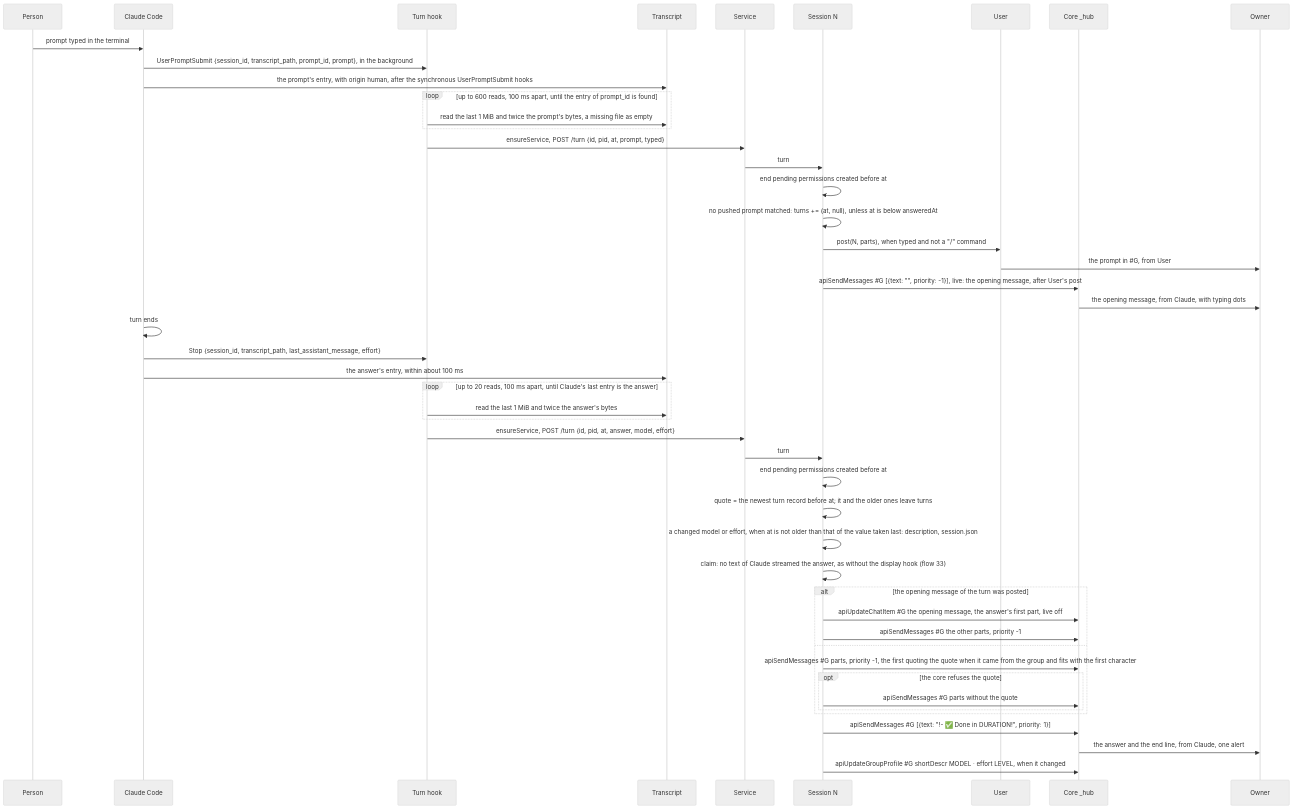
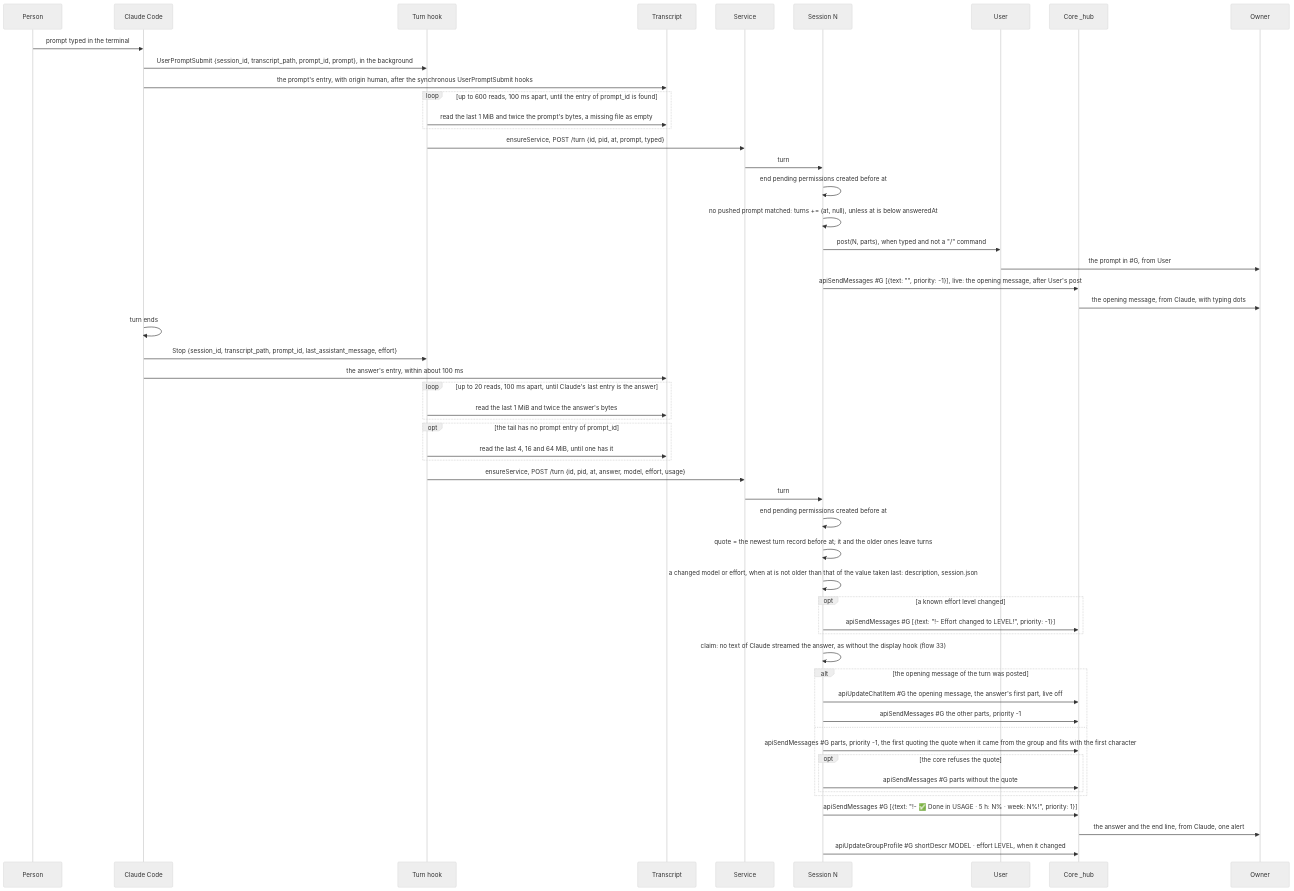
Diagram 21 of 34 in packages/simplex-chat-mcp/spec/flows.md (simplex-chat/simplex-chat), drawn with Mermaid (neutral theme) before and after one commit. The commit also changed other lines of this file and 19 other files, not shown here.

Commit message:
mcp: usage of each turn in its end line, model and effort switch lines

````diff
--- a/packages/simplex-chat-mcp/spec/flows.md
+++ b/packages/simplex-chat-mcp/spec/flows.md
@@ -970,50 +971,56 @@
 ```mermaid
 sequenceDiagram
   participant P as Person
   participant CC as Claude Code
   participant HK as Turn hook
   participant T as Transcript
   participant D as Service
   participant N as Session N
   participant U as User
   participant C as Core _hub
   participant O as Owner
   P->>CC: prompt typed in the terminal
   CC->>HK: UserPromptSubmit {session_id, transcript_path, prompt_id, prompt}, in the background
   CC->>T: the prompt's entry, with origin human, after the synchronous UserPromptSubmit hooks
   loop up to 600 reads, 100 ms apart, until the entry of prompt_id is found
     HK->>T: read the last 1 MiB and twice the prompt's bytes, a missing file as empty
   end
   HK->>D: ensureService, POST /turn {id, pid, at, prompt, typed}
   D->>N: turn
   N->>N: end pending permissions created before at
   N->>N: no pushed prompt matched: turns += (at, null), unless at is below answeredAt
   N->>U: post(N, parts), when typed and not a "/" command
   U->>O: the prompt in #35;G, from User
   N->>C: apiSendMessages #35;G [{text: "", priority: -1}], live: the opening message, after User's post
   C->>O: the opening message, from Claude, with typing dots
   CC->>CC: turn ends
-  CC->>HK: Stop {session_id, transcript_path, last_assistant_message, effort}
+  CC->>HK: Stop {session_id, transcript_path, prompt_id, last_assistant_message, effort}
   CC->>T: the answer's entry, within about 100 ms
   loop up to 20 reads, 100 ms apart, until Claude's last entry is the answer
     HK->>T: read the last 1 MiB and twice the answer's bytes
   end
-  HK->>D: ensureService, POST /turn {id, pid, at, answer, model, effort}
+  opt the tail has no prompt entry of prompt_id
+    HK->>T: read the last 4, 16 and 64 MiB, until one has it
+  end
+  HK->>D: ensureService, POST /turn {id, pid, at, answer, model, effort, usage}
   D->>N: turn
   N->>N: end pending permissions created before at
   N->>N: quote = the newest turn record before at#59; it and the older ones leave turns
   N->>N: a changed model or effort, when at is not older than that of the value taken last: description, session.json
+  opt a known effort level changed
+    N->>C: apiSendMessages #35;G [{text: "!- Effort changed to LEVEL!", priority: -1}]
+  end
   N->>N: claim: no text of Claude streamed the answer, as without the display hook (flow 33)
   alt the opening message of the turn was posted
     N->>C: apiUpdateChatItem #35;G the opening message, the answer's first part, live off
     N->>C: apiSendMessages #35;G the other parts, priority -1
   else
     N->>C: apiSendMessages #35;G parts, priority -1, the first quoting the quote when it came from the group and fits with the first character
     opt the core refuses the quote
       N->>C: apiSendMessages #35;G parts without the quote
     end
   end
-  N->>C: apiSendMessages #35;G [{text: "!- ✅ Done in DURATION!", priority: 1}]
+  N->>C: apiSendMessages #35;G [{text: "!- ✅ Done in USAGE · 5 h: N% · week: N%!", priority: 1}]
   C->>O: the answer and the end line, from Claude, one alert
   N->>C: apiUpdateGroupProfile #35;G shortDescr MODEL · effort LEVEL, when it changed
 ```
````
